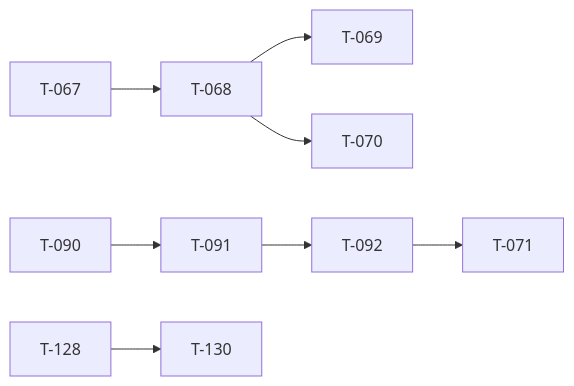
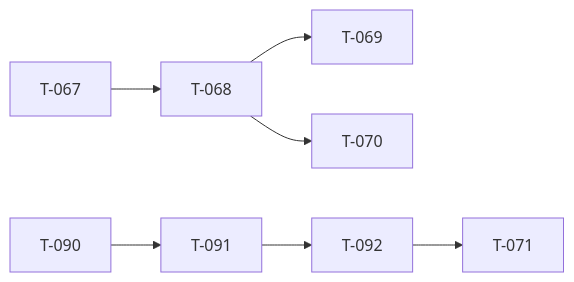
Before and after one commit to darkforce09/TBD-reforger: the diagram in docs/TICKET_LEAD.md, drawn with Mermaid. The commit also changed other lines of this file and 22 other files, not shown here.

First line of the commit message:
T-130.7: doc sync — registry shipped, Fable tracker, schema nits.

````diff
--- a/docs/TICKET_LEAD.md
+++ b/docs/TICKET_LEAD.md
@@ -31,10 +30,9 @@
 ```mermaid
 flowchart LR
   T067[T-067] --> T068[T-068]
   T068[T-068] --> T069[T-069]
   T068[T-068] --> T070[T-070]
   T092[T-092] --> T071[T-071]
   T090[T-090] --> T091[T-091]
   T091[T-091] --> T092[T-092]
-  T128[T-128] --> T130[T-130]
 ```
````
